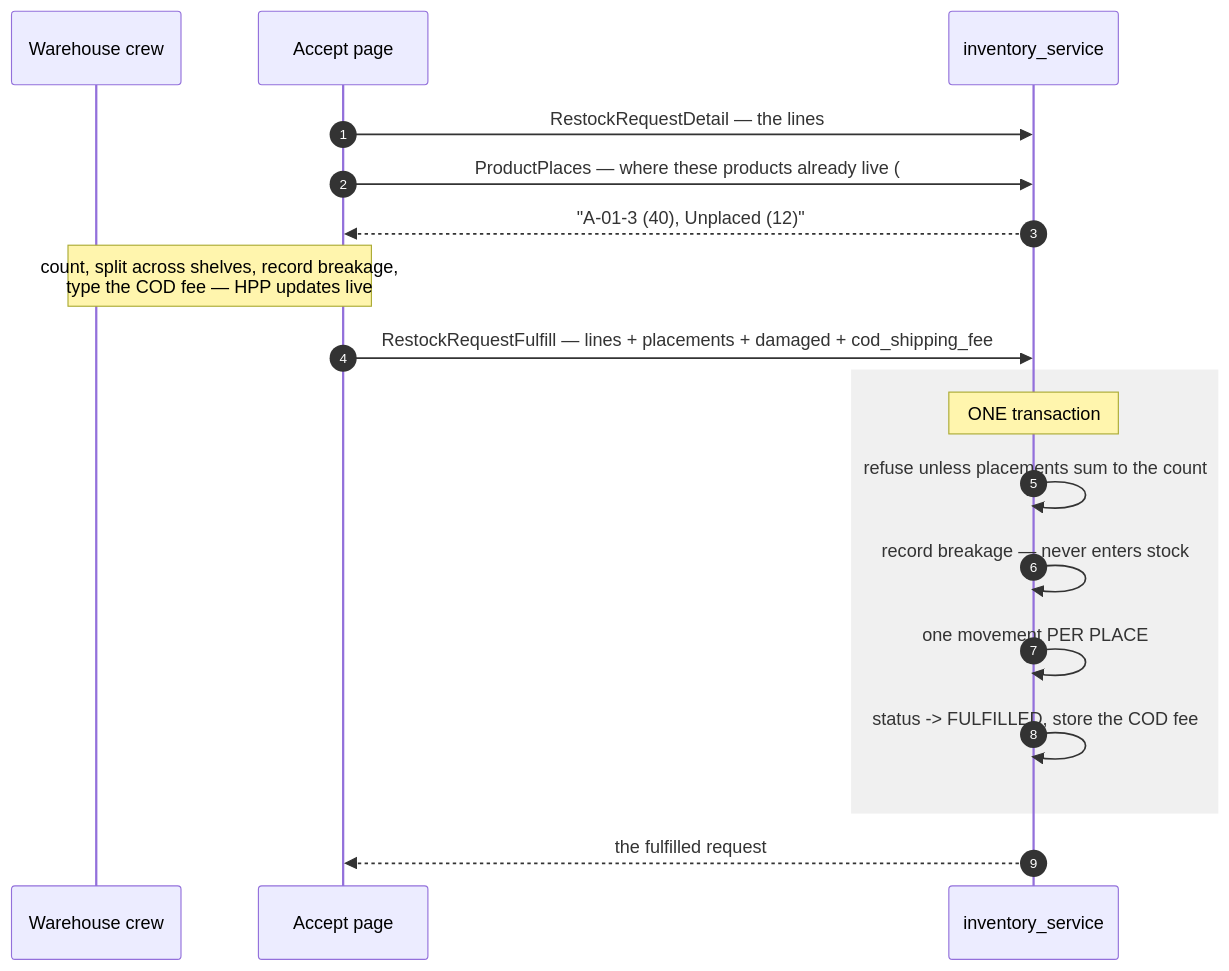
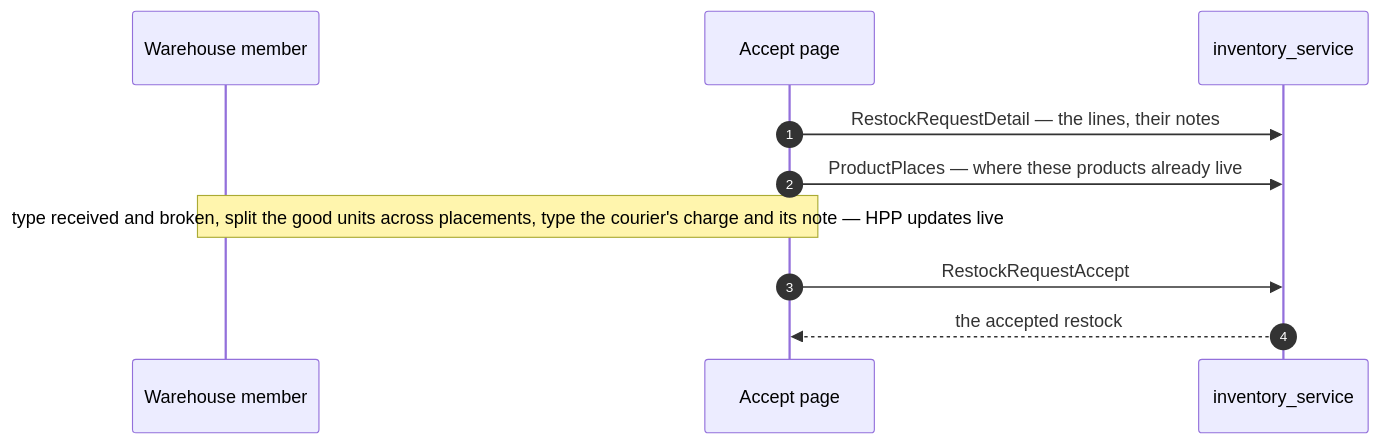
The fifth of 12 diagrams in docs/services/inventory_service/rpc.md (pdcgo/warehouse_revamp), drawn with Mermaid before and after one commit. The commit also changed other lines of this file and 145 other files, not shown here.

````diff
--- a/docs/services/inventory_service/rpc.md
+++ b/docs/services/inventory_service/rpc.md
@@ -359,25 +281,13 @@
 ```mermaid
 sequenceDiagram
     autonumber
-    participant W as Warehouse crew
+    participant W as Warehouse member
     participant UI as Accept page
     participant I as inventory_service
 
-    UI->>I: RestockRequestDetail — the lines
-    UI->>I: ProductPlaces — where these products already live (#156)
-    I-->>UI: "A-01-3 (40), Unplaced (12)"
-
-    Note over W,UI: count, split across shelves, record breakage,<br/>type the COD fee — HPP updates live
-
-    UI->>I: RestockRequestFulfill — lines + placements + damaged + cod_shipping_fee
-
-    rect rgb(240, 240, 240)
-        Note over I: ONE transaction
-        I->>I: refuse unless placements sum to the count
-        I->>I: record breakage — never enters stock
-        I->>I: one movement PER PLACE
-        I->>I: status -> FULFILLED, store the COD fee
-    end
-
-    I-->>UI: the fulfilled request
+    UI->>I: RestockRequestDetail — the lines, their notes
+    UI->>I: ProductPlaces — where these products already live
+    Note over W,UI: type received and broken, split the good units across placements, type the courier's charge and its note — HPP updates live
+    UI->>I: RestockRequestAccept
+    I-->>UI: the accepted restock
 ```
````
